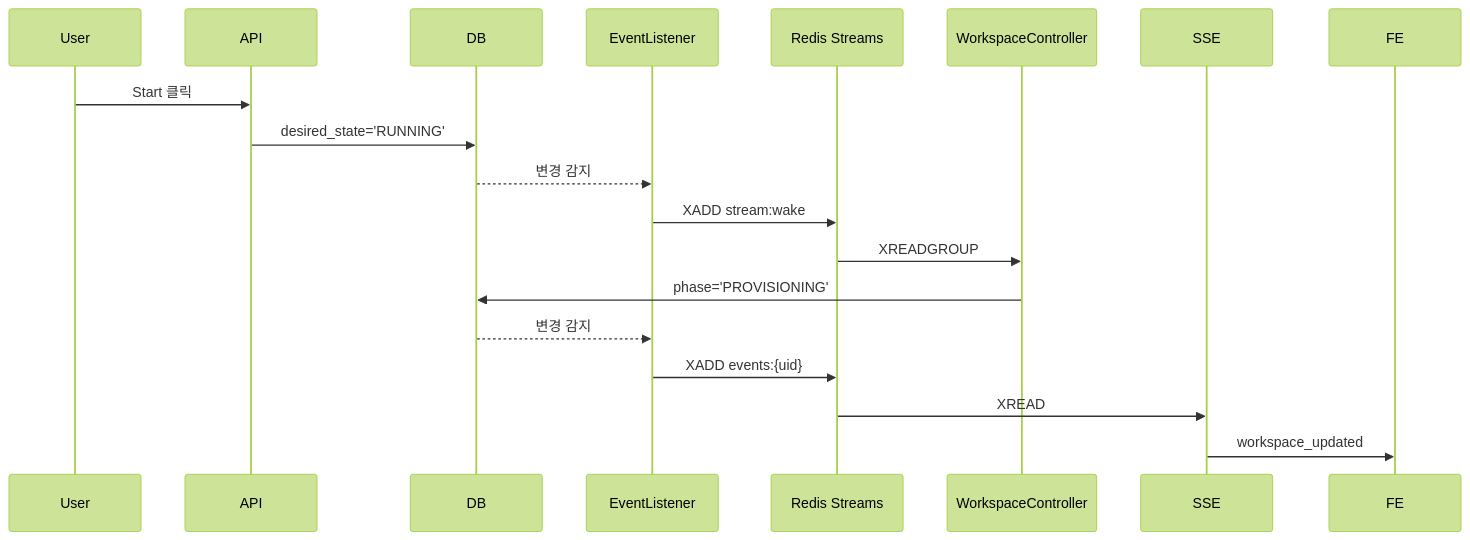
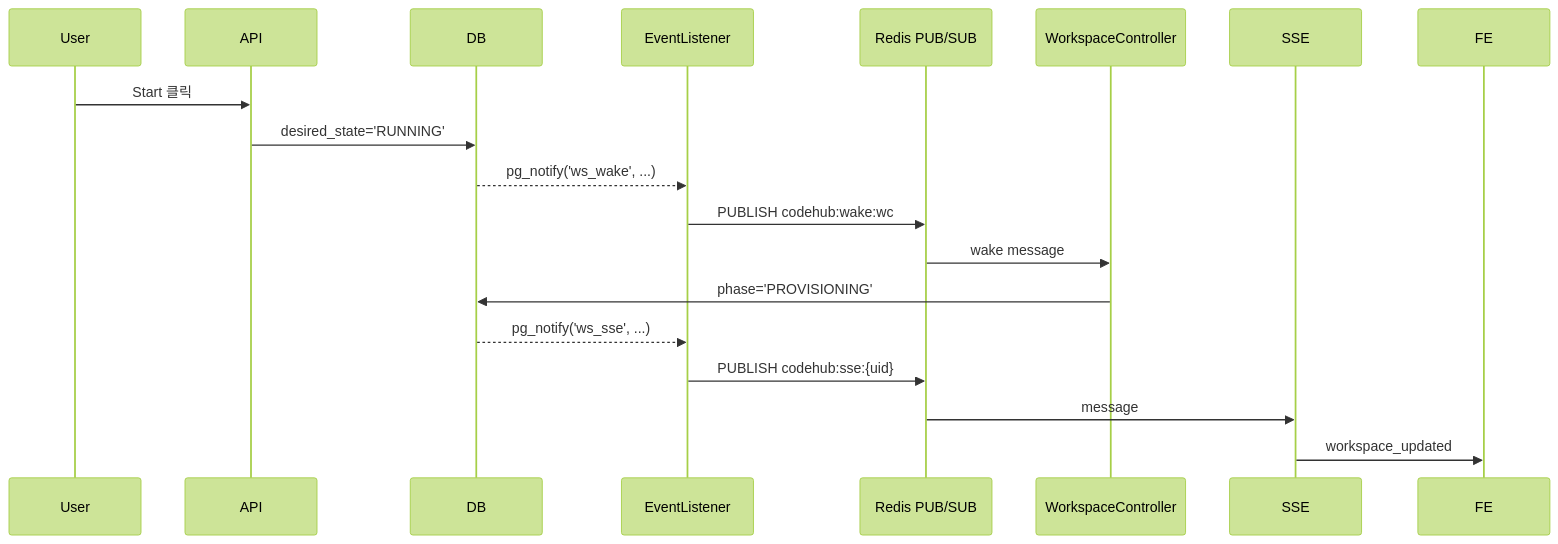
The third of 4 diagrams in docs/architecture/event-listener.md (cagojeiger/code-hub), drawn with Mermaid (forest theme) before and after one commit. The commit also changed other lines of this file and 12 other files, not shown here.

````diff
--- a/docs/architecture/event-listener.md
+++ b/docs/architecture/event-listener.md
@@ -168,23 +212,23 @@
 ```mermaid
 sequenceDiagram
     participant User
     participant API
     participant DB
     participant EL as EventListener
-    participant Redis as Redis Streams
+    participant Redis as Redis PUB/SUB
     participant WC as WorkspaceController
     participant SSE
     participant FE
 
     User->>API: Start 클릭
     API->>DB: desired_state='RUNNING'
-    DB-->>EL: 변경 감지
-    EL->>Redis: XADD stream:wake
-    Redis->>WC: XREADGROUP
+    DB-->>EL: pg_notify('ws_wake', ...)
+    EL->>Redis: PUBLISH codehub:wake:wc
+    Redis->>WC: wake message
 
     WC->>DB: phase='PROVISIONING'
-    DB-->>EL: 변경 감지
-    EL->>Redis: XADD events:{uid}
-    Redis->>SSE: XREAD
+    DB-->>EL: pg_notify('ws_sse', ...)
+    EL->>Redis: PUBLISH codehub:sse:{uid}
+    Redis->>SSE: message
     SSE->>FE: workspace_updated
 ```
````
